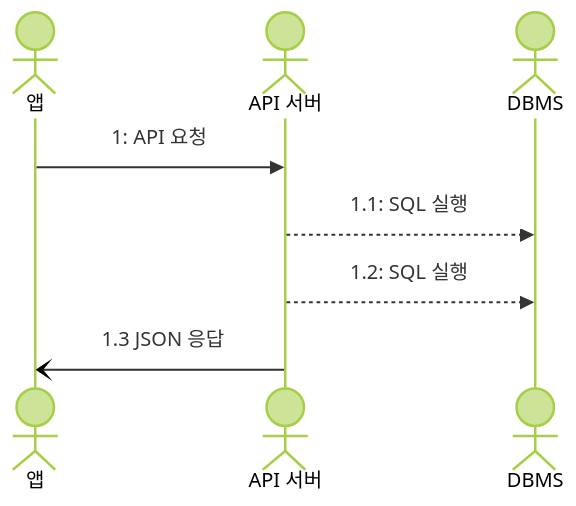
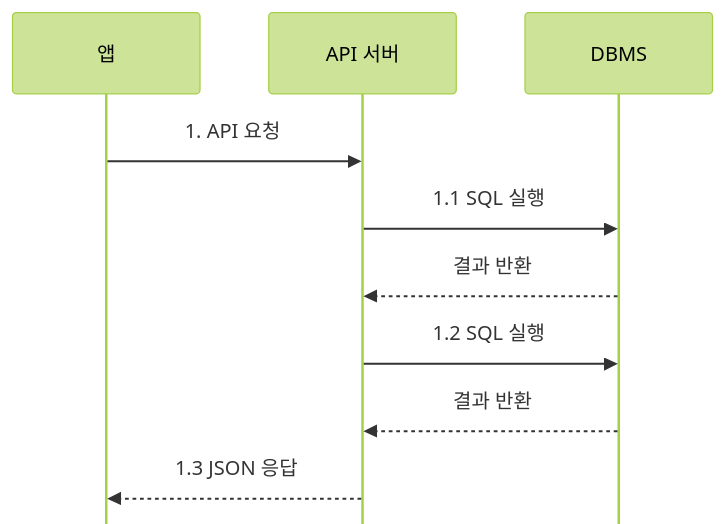
Before and after one commit to guseoh/cs: the diagram in Study/Book/주니어 백엔드 개발자가 반드시 알아야 할 실무 지식/2. 느려진 서비스, 어디부터 봐야 할까.md, drawn with Mermaid (forest theme). The commit also changed other lines of this file, not shown here.

Commit message:
vault backup: 2026-10-14 15:57:22

````diff
--- a/Study/Book/주니어 백엔드 개발자가 반드시 알아야 할 실무 지식/2. 느려진 서비스, 어디부터 봐야 할까.md
+++ b/Study/Book/주니어 백엔드 개발자가 반드시 알아야 할 실무 지식/2. 느려진 서비스, 어디부터 봐야 할까.md
@@ -12,11 +14,17 @@
 ```mermaid
+
+%%{init: {"sequence": {"mirrorActors": false, "messageMargin": 28, "actorMargin": 55, "actorFontSize": 16, "messageFontSize": 15}}}%%
 sequenceDiagram
-actor 앱
-actor API 서버
-actor DBMS
-앱->>API 서버: 1: API 요청
-API 서버-->>DBMS: 1.1: SQL 실행
-API 서버-->>DBMS: 1.2: SQL 실행
-API 서버-)앱: 1.3 JSON 응답
+    participant APP as 앱
+    participant API as API 서버
+    participant DB as DBMS
+
+    APP->>API: 1. API 요청
+    API->>DB: 1.1 SQL 실행
+    DB-->>API: 결과 반환
+    API->>DB: 1.2 SQL 실행
+    DB-->>API: 결과 반환
+    API-->>APP: 1.3 JSON 응답
+
 
 ```
````
